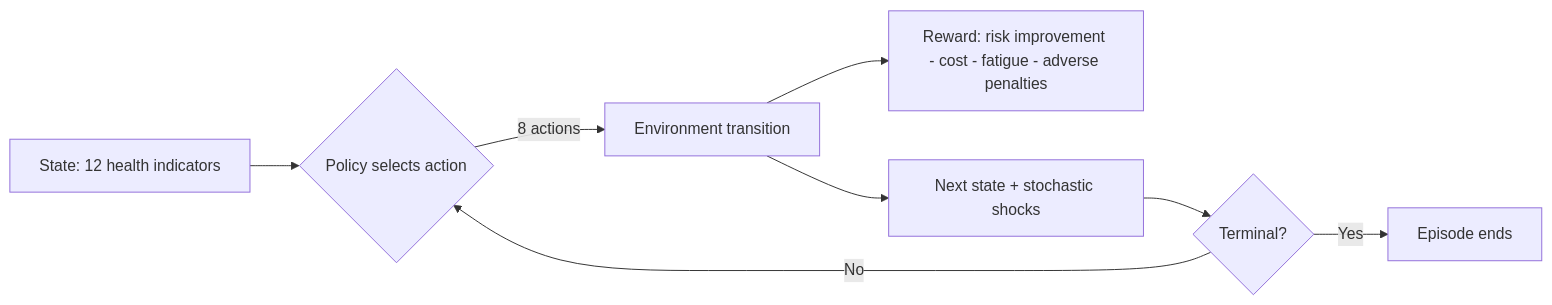
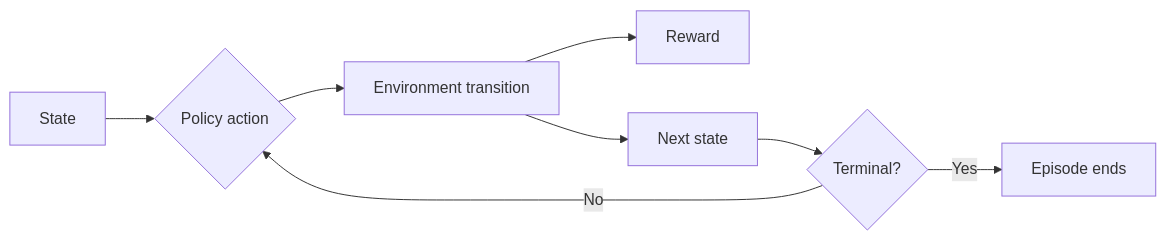
One commit to Carine-Ashimwe/Summative_assignment_reinforcement_learning changed the diagram in README.md. Above: the diagram before and after it, drawn with Mermaid. The commit also changed other lines of this file and 48 other files, not shown here.

````diff
--- a/README.md
+++ b/README.md
@@ -94,10 +16,10 @@
 ```mermaid
 flowchart LR
-  S[State: 12 health indicators] --> A{Policy selects action}
-  A -->|8 actions| E[Environment transition]
-  E --> R[Reward: risk improvement - cost - fatigue - adverse penalties]
-  E --> S2[Next state + stochastic shocks]
+  S[State] --> A{Policy action}
+  A --> E[Environment transition]
+  E --> R[Reward]
+  E --> S2[Next state]
   S2 --> T{Terminal?}
   T -->|No| A
   T -->|Yes| End[Episode ends]
 ```
````
